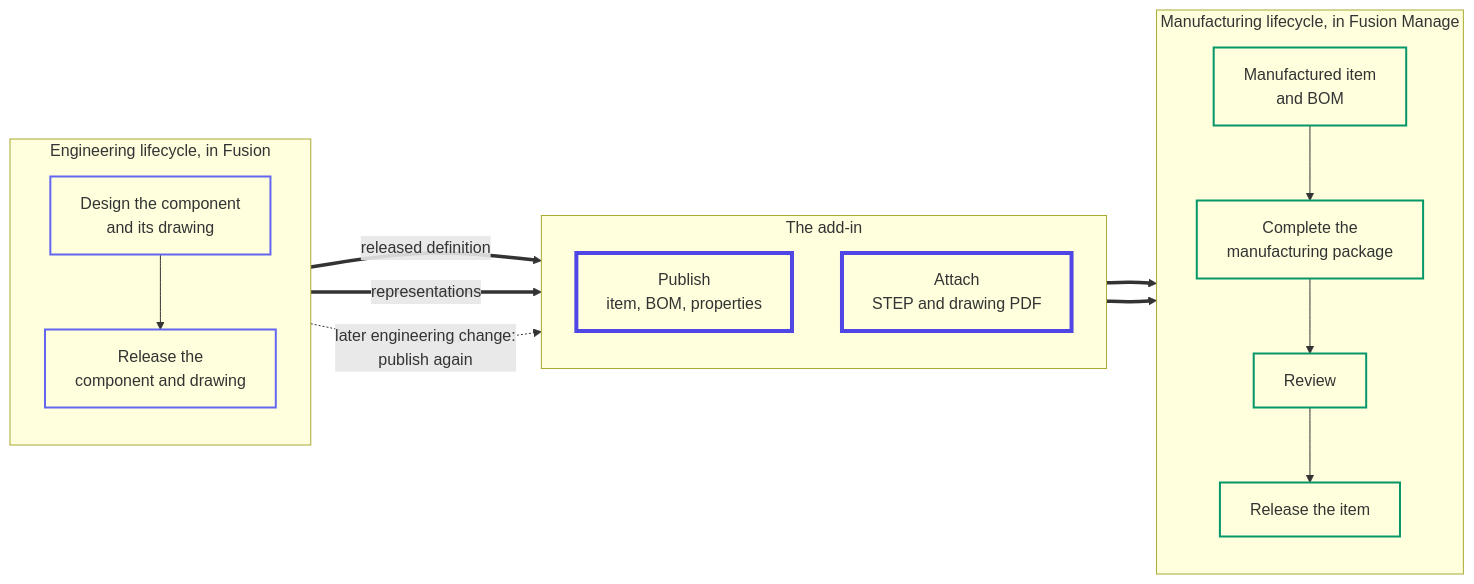
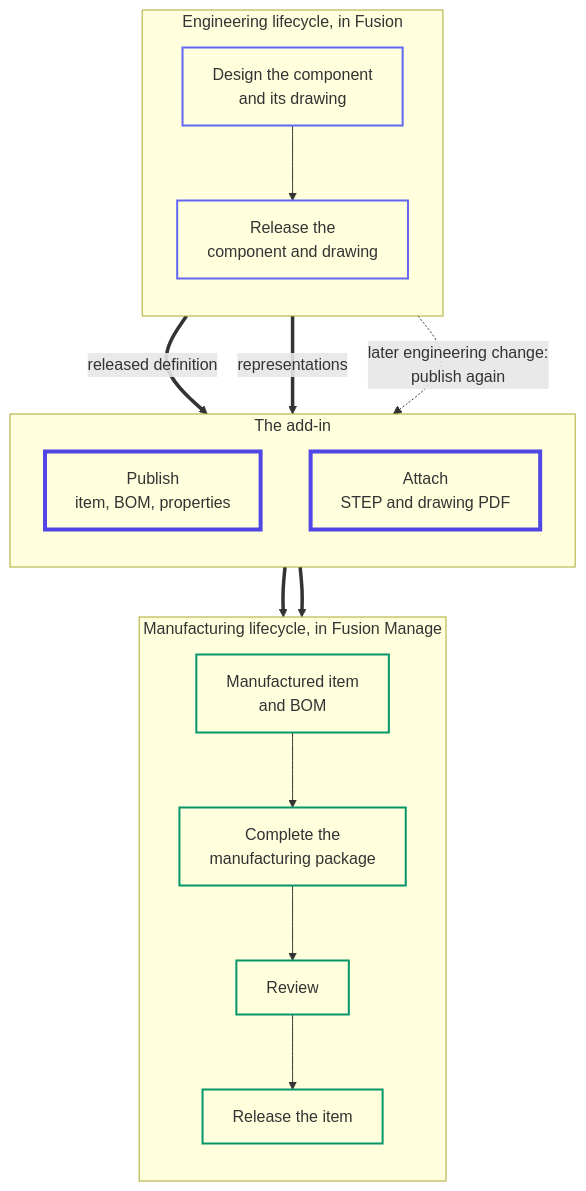
Before and after one commit to AHoop91/FusionToFusionManageAddon: the diagram in docs/getting-started/workflow.md, drawn with Mermaid. The commit also changed 3 other files, not shown here.

First line of the commit message:
Lay the flowcharts out top to bottom

````diff
--- a/docs/getting-started/workflow.md
+++ b/docs/getting-started/workflow.md
@@ -29,33 +29,33 @@
 ```mermaid
-flowchart LR
+flowchart TB
     subgraph ENG["Engineering lifecycle, in Fusion"]
         direction TB
         E1["Design the component<br/>and its drawing"] --> E2["Release the<br/>component and drawing"]
     end
 
     subgraph BRIDGE["The add-in"]
         direction TB
         B1["Publish<br/>item, BOM, properties"]
         B2["Attach<br/>STEP and drawing PDF"]
     end
 
     subgraph MFG["Manufacturing lifecycle, in Fusion Manage"]
         direction TB
         M1["Manufactured item<br/>and BOM"] --> M2["Complete the<br/>manufacturing package"]
         M2 --> M3["Review"]
         M3 --> M4["Release the item"]
     end
 
     E2 ==>|"released definition"| B1
     E2 ==>|"representations"| B2
     B1 ==> M1
     B2 ==> M2
     E2 -. "later engineering change:<br/>publish again" .-> B1
 
     classDef eng fill:transparent,stroke:#6366f1,stroke-width:2px
     classDef bridge fill:transparent,stroke:#4f46e5,stroke-width:4px
     classDef mfg fill:transparent,stroke:#059669,stroke-width:2px
     class E1,E2 eng
     class B1,B2 bridge
     class M1,M2,M3,M4 mfg
 ```
````
